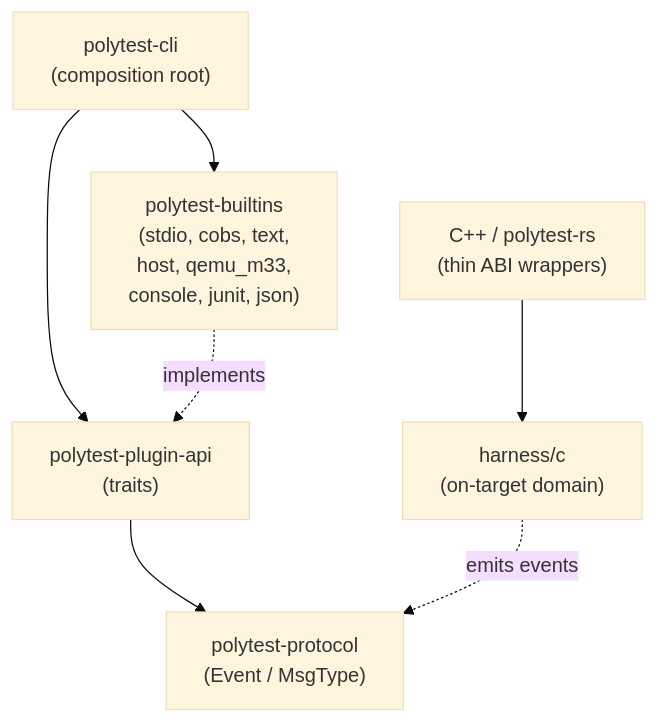
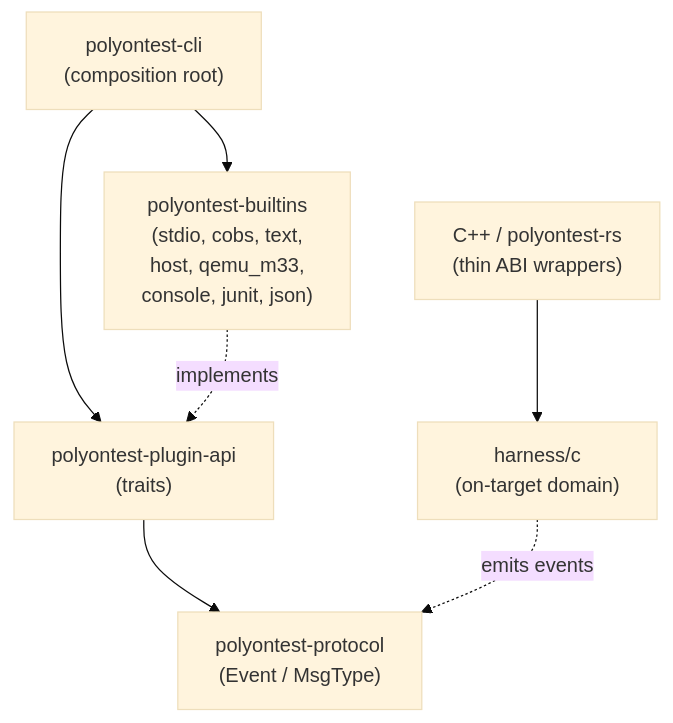
One commit to malto101/Open-PolyTest-Framework changed the second of 4 diagrams in docs/architecture.md. Above: the diagram before and after it, drawn with Mermaid (base theme). The commit also changed other lines of this file and 93 other files, not shown here.

````diff
--- a/docs/architecture.md
+++ b/docs/architecture.md
@@ -39,15 +39,15 @@
 ```mermaid
 flowchart TB
-  cli["polytest-cli\n(composition root)"]
-  api["polytest-plugin-api\n(traits)"]
-  proto["polytest-protocol\n(Event / MsgType)"]
-  builtins["polytest-builtins\n(stdio, cobs, text,\nhost, qemu_m33,\nconsole, junit, json)"]
+  cli["polyontest-cli\n(composition root)"]
+  api["polyontest-plugin-api\n(traits)"]
+  proto["polyontest-protocol\n(Event / MsgType)"]
+  builtins["polyontest-builtins\n(stdio, cobs, text,\nhost, qemu_m33,\nconsole, junit, json)"]
   domain["harness/c\n(on-target domain)"]
-  adapters["C++ / polytest-rs\n(thin ABI wrappers)"]
+  adapters["C++ / polyontest-rs\n(thin ABI wrappers)"]
   cli --> api
   api --> proto
   builtins -.->|implements| api
   cli --> builtins
   adapters --> domain
   domain -.->|emits events| proto
 ```
````
